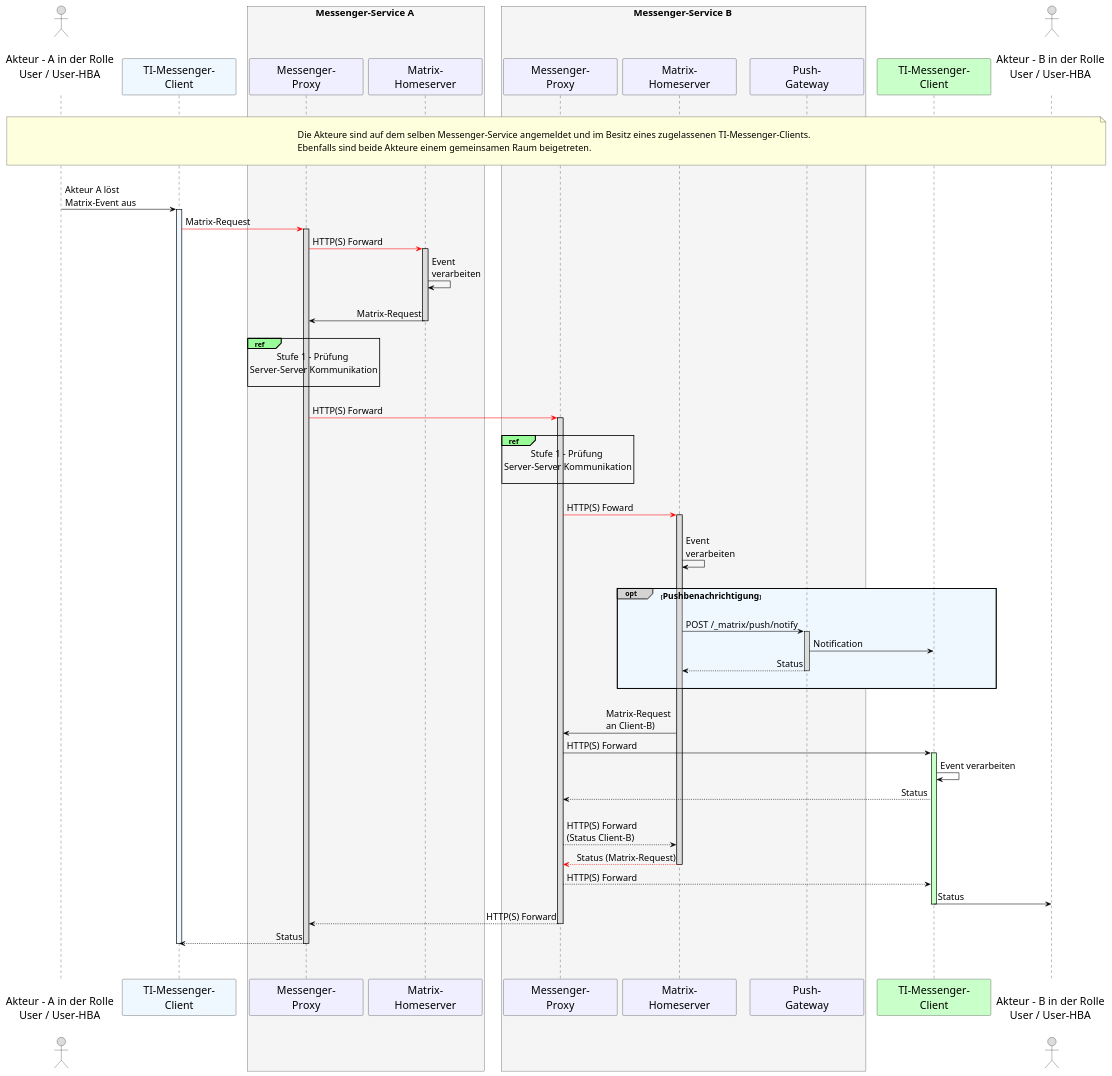
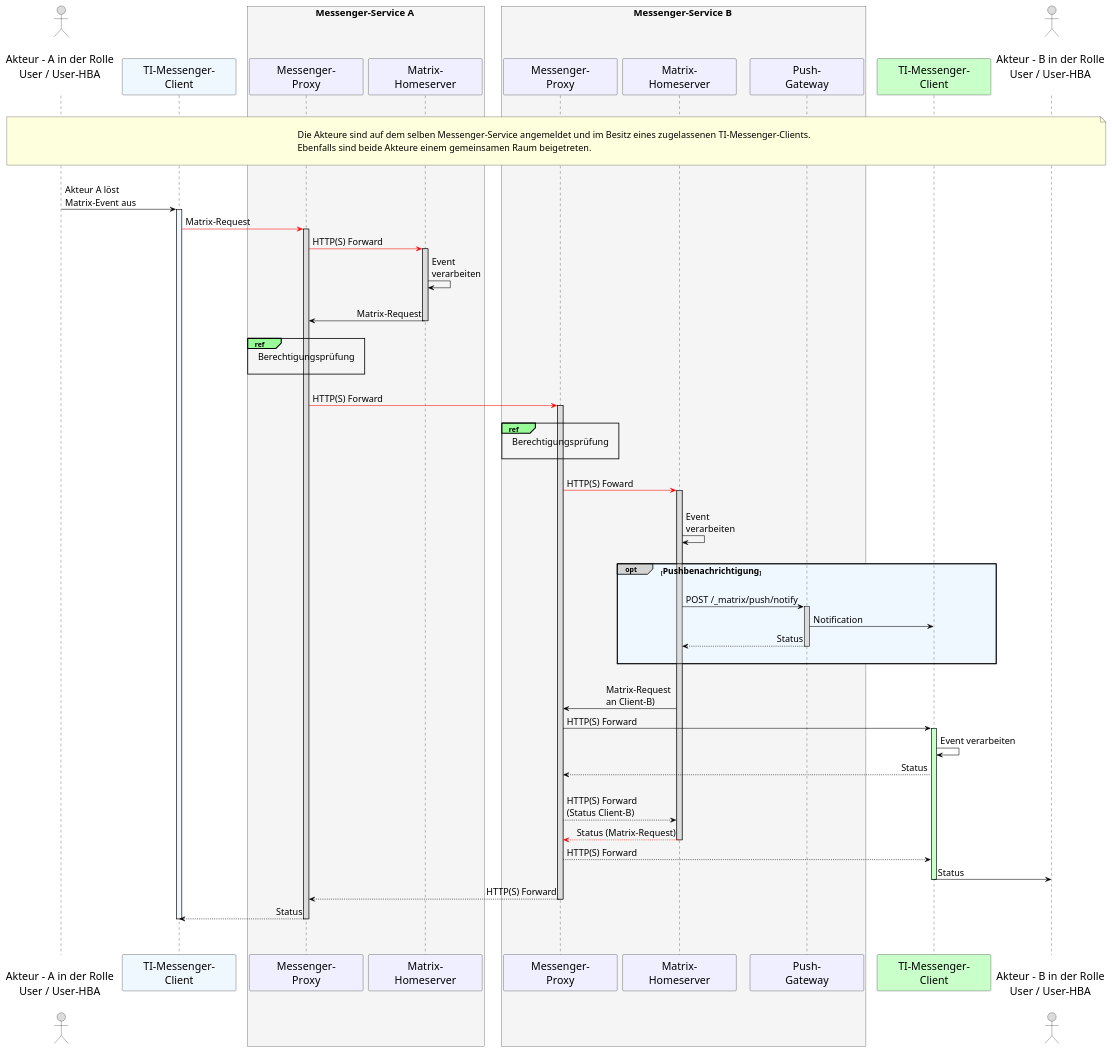
Before and after one commit to gematik/api-ti-messenger: the diagram in src/plantuml/TI-Messenger-Dienst/Ressourcen/UC_10062_Seq.puml, drawn with PlantUML. The commit also changed 3 other files, not shown here.

```diff
--- a/src/plantuml/TI-Messenger-Dienst/Ressourcen/UC_10062_Seq.puml
+++ b/src/plantuml/TI-Messenger-Dienst/Ressourcen/UC_10062_Seq.puml
@@ -9,102 +9,101 @@
 @startuml
 skinparam sequenceMessageAlign direction
 skinparam minClassWidth 200
 skinparam BoxPadding 15
 skinparam sequenceReferenceHeaderBackgroundColor palegreen
 scale max 2048 width
 
 skinparam sequence {
 ArrowColor black
 ArrowFontSize 17
 ActorBorderColor black
 LifeLineBorderColor black
 LifeLineBackgroundColor Gainsboro
 
 ParticipantBorderColor Motivation
 ParticipantBackgroundColor Motivation
-ParticipantFontName Impact
 ParticipantFontSize 20
 ParticipantFontColor black
 ParticipantBorderColor Black
 ParticipantBackgroundColor MOTIVATION
 
 ActorBackgroundColor Gainsboro
 ActorFontColor black
 ActorFontSize 20
 ActorFontName Aapex
 }
     actor U1 as "\nAkteur - A in der Rolle\nUser / User-HBA\n"
     participant C1 as "TI-Messenger-\nClient" #AliceBlue
     box <size:18>Messenger-Service A</size> #WhiteSmoke
       participant MP1 as "Messenger-\nProxy"
       participant MH1 as "Matrix-\nHomeserver"
     end box
     box <size:18>Messenger-Service B</size> #WhiteSmoke
     participant MP2 as "Messenger-\nProxy"
     participant MH2 as "Matrix-\nHomeserver"
     participant PG2 as "Push-\nGateway"
     end box
     participant C2 as "TI-Messenger-\nClient" #TECHNOLOGY
     actor U2 as "\nAkteur - B in der Rolle\nUser / User-HBA\n"
     
 |||
 note over U1, U2: \n<size:17>Die Akteure sind auf dem selben Messenger-Service angemeldet und im Besitz eines zugelassenen TI-Messenger-Clients.</size>\n<size:17>Ebenfalls sind beide Akteure einem gemeinsamen Raum beigetreten.</size>\n
 |||
 
   U1->C1: Akteur A löst\nMatrix-Event aus
     activate C1 #AliceBlue
   C1-[#red]>MP1: Matrix-Request
     activate MP1
   MP1-[#red]>MH1: HTTP(S) Forward
     activate MH1
   MH1->MH1: Event \nverarbeiten
   |||
   MH1->MP1: Matrix-Request
     deactivate MH1
     |||
-    ref over MP1, MP1: <size:17>Stufe 1 - Prüfung \n<size:17>Server-Server Kommunikation</size>\n    
+    ref over MP1, MP1: <size:17>Berechtigungsprüfung</size>\n    
   |||  
   MP1-[#red]>MP2: HTTP(S) Forward
     activate MP2
   |||
-  ref over MP2, MP2: <size:17>Stufe 1 - Prüfung \n<size:17>Server-Server Kommunikation</size>\n 
+  ref over MP2, MP2: <size:17>Berechtigungsprüfung</size>\n 
   |||
   MP2-[#red]>MH2: HTTP(S) Foward
   |||
 
     activate MH2
   MH2->MH2: Event \nverarbeiten
   |||
  
   opt#LightGrey #AliceBlue <size:16>Pushbenachrichtigung</size>
   |||
     MH2->PG2: POST /_matrix/push/notify
       activate PG2
     PG2->C2: Notification
     PG2-->MH2: Status
       deactivate PG2
   |||
   end
   |||
 
   MH2->MP2: Matrix-Request \nan Client-B)
   MP2->C2: HTTP(S) Forward 
     activate C2 #TECHNOLOGY
   C2->C2: Event verarbeiten
 
   C2-->MP2: Status
   |||
   MP2-->MH2: HTTP(S) Forward \n(Status Client-B)
   MH2--[#red]>MP2: Status (Matrix-Request)
     deactivate MH2
   MP2-->C2: HTTP(S) Forward
   C2->U2: Status
     deactivate C2
   MP2-->MP1: HTTP(S) Forward
     deactivate MP2
   MP1-->C1: Status
     deactivate MP1
     deactivate C1
   |||
 |||
 @enduml
```
